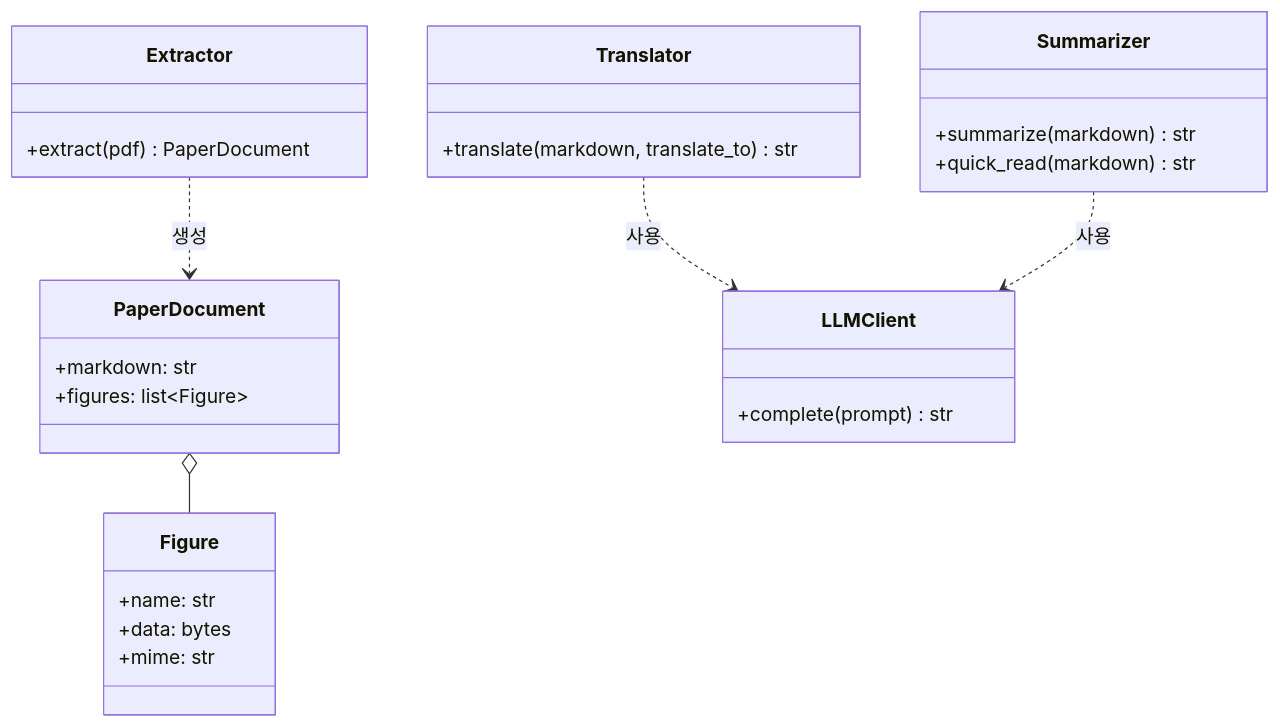
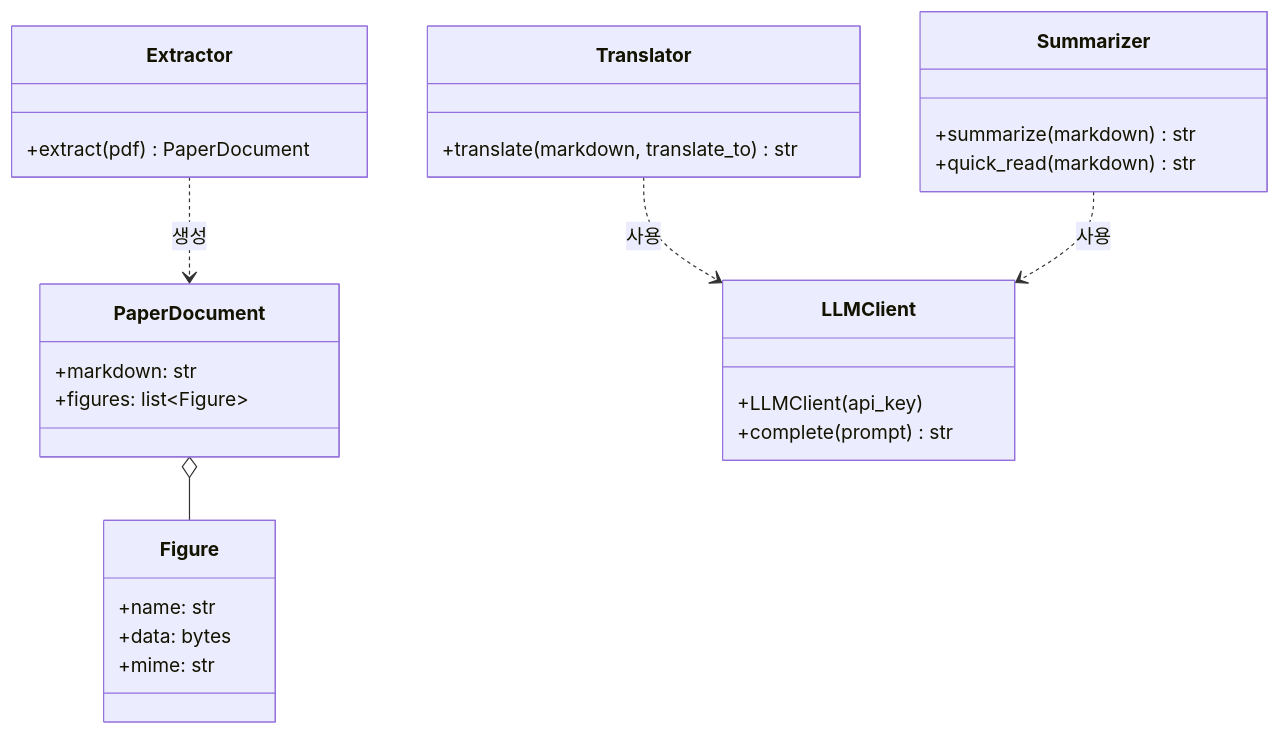
Before and after one commit to gatesplan/papercut: the second of 3 diagrams in Architecture.md, drawn with Mermaid. The commit also changed other lines of this file, not shown here.

Commit message:
설계: API 키는 객체 생성 시 주입, 패키지는 .env를 읽지 않음

````diff
--- a/Architecture.md
+++ b/Architecture.md
@@ -61,30 +62,31 @@
 ```mermaid
 classDiagram
     class PaperDocument {
         +markdown: str
         +figures: list~Figure~
     }
     class Figure {
         +name: str
         +data: bytes
         +mime: str
     }
     class Extractor {
         +extract(pdf) PaperDocument
     }
     class LLMClient {
+        +LLMClient(api_key)
         +complete(prompt) str
     }
     class Translator {
         +translate(markdown, translate_to) str
     }
     class Summarizer {
         +summarize(markdown) str
         +quick_read(markdown) str
     }
 
     PaperDocument o-- Figure
     Extractor ..> PaperDocument : 생성
     Translator ..> LLMClient : 사용
     Summarizer ..> LLMClient : 사용
 ```
````
